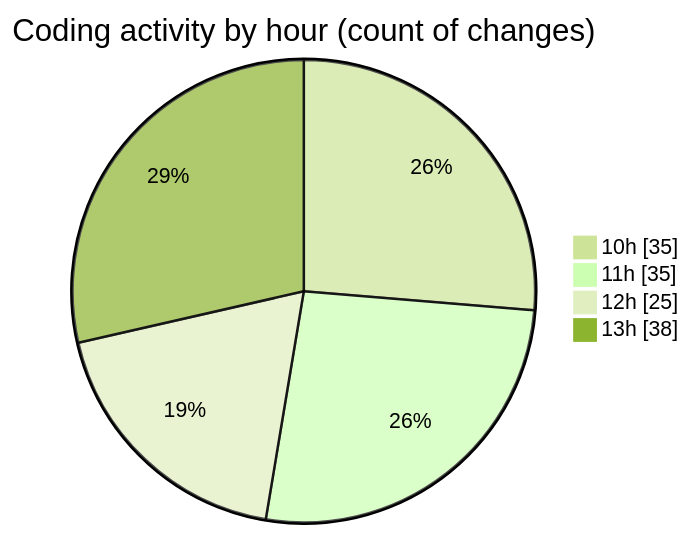
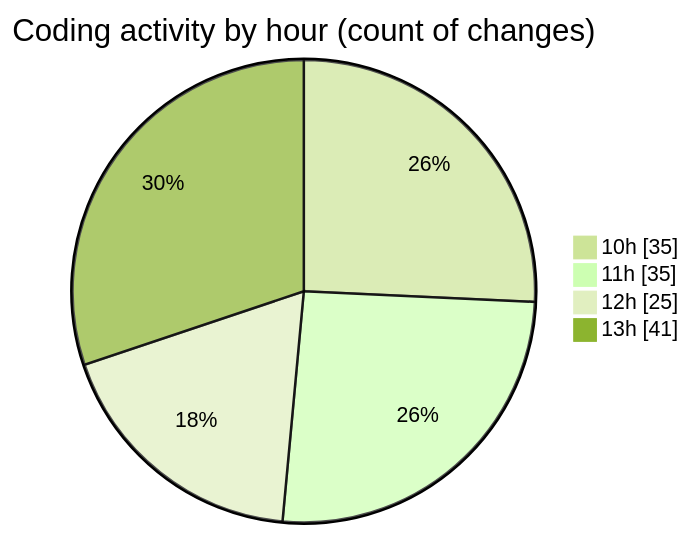
One commit to momahboobian/code-tracking changed the second of 2 diagrams in 2025-03-26/cda/README.md. Above: the diagram before and after it, drawn with Mermaid (forest theme). The commit also changed other lines of this file and 1 other file, not shown here.

````diff
--- a/2025-03-26/cda/README.md
+++ b/2025-03-26/cda/README.md
@@ -53,8 +53,8 @@
 ```mermaid
 pie showData
 title Coding activity by hour (count of changes)
 "10h" : 35
 "11h" : 35
 "12h" : 25
-"13h" : 38
+"13h" : 41
 ```
````
